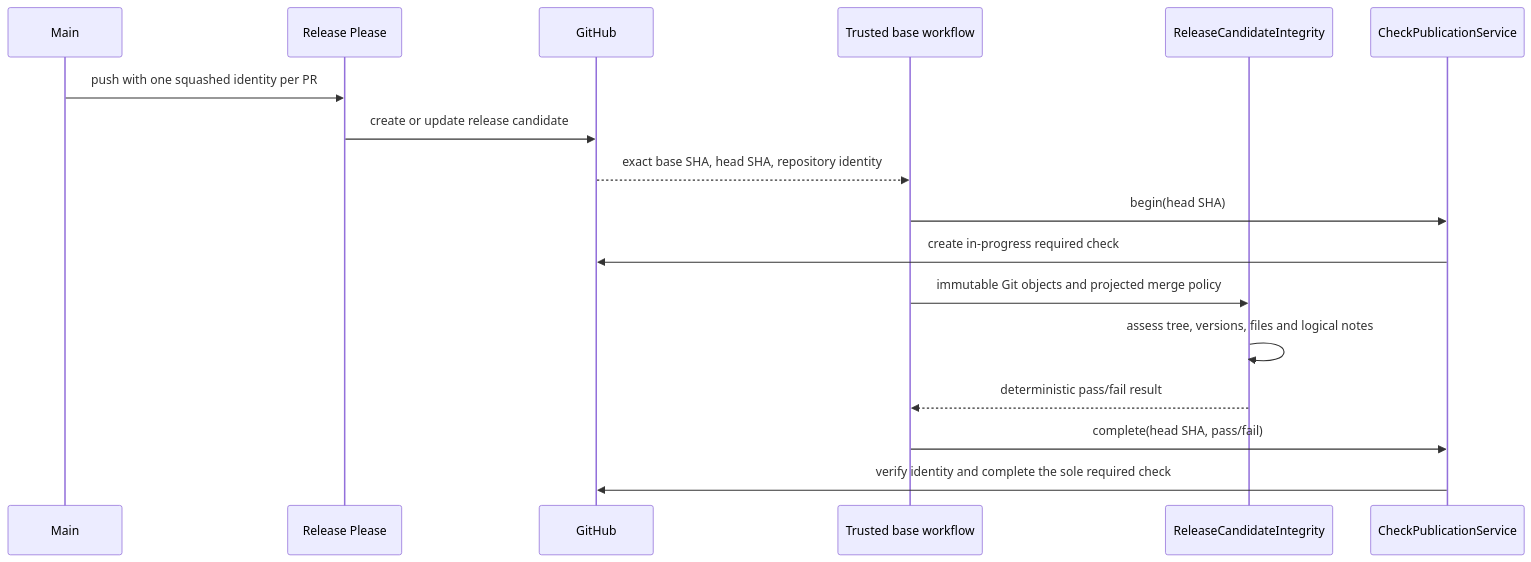
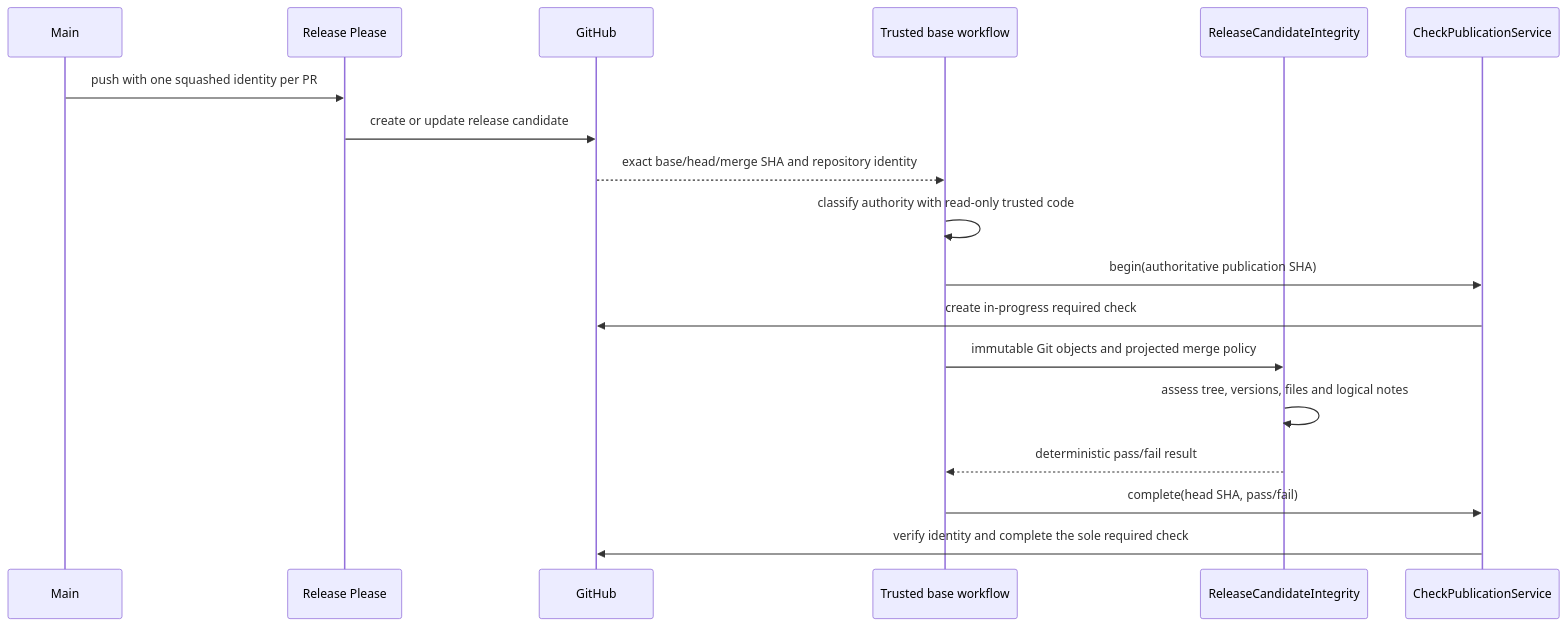
Before and after one commit to dunay2/dvt: the fourth of 4 diagrams in docs/architecture/components/ci-governance/ci-delivery-governance-component.md, drawn with Mermaid. The commit also changed other lines of this file and 13 other files, not shown here.

Commit message:
fix(ci): Classify PR authority before check publication

````diff
--- a/docs/architecture/components/ci-governance/ci-delivery-governance-component.md
+++ b/docs/architecture/components/ci-governance/ci-delivery-governance-component.md
@@ -136,20 +146,21 @@
 ```mermaid
 sequenceDiagram
   participant Main
   participant RP as Release Please
   participant GitHub
   participant Workflow as Trusted base workflow
   participant Gate as ReleaseCandidateIntegrity
   participant Publisher as CheckPublicationService
 
   Main->>RP: push with one squashed identity per PR
   RP->>GitHub: create or update release candidate
-  GitHub-->>Workflow: exact base SHA, head SHA, repository identity
-  Workflow->>Publisher: begin(head SHA)
+  GitHub-->>Workflow: exact base/head/merge SHA and repository identity
+  Workflow->>Workflow: classify authority with read-only trusted code
+  Workflow->>Publisher: begin(authoritative publication SHA)
   Publisher->>GitHub: create in-progress required check
   Workflow->>Gate: immutable Git objects and projected merge policy
   Gate->>Gate: assess tree, versions, files and logical notes
   Gate-->>Workflow: deterministic pass/fail result
   Workflow->>Publisher: complete(head SHA, pass/fail)
   Publisher->>GitHub: verify identity and complete the sole required check
 ```
````
